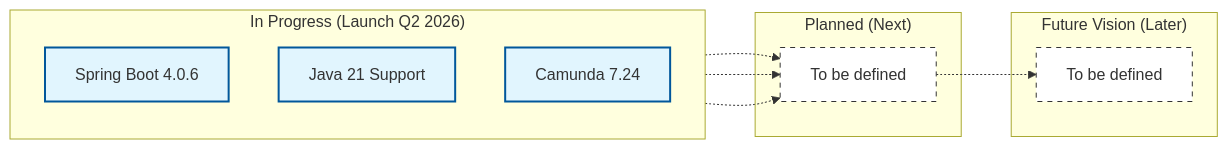
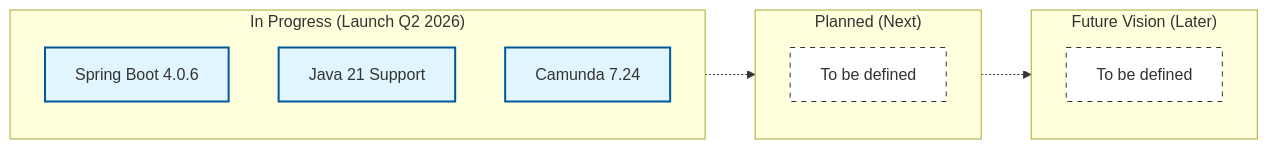
One commit to wkspower/wks-platform changed the diagram in apps/react/docs/docs/roadmap.md. Above: the diagram before and after it, drawn with Mermaid. The commit also changed 1 other file, not shown here.

Commit message:
docs(portal): add platform roadmap to documentation
Introduces a new Roadmap section using Mermaid flowcharts to visualize our Q2 2026 deliverables (Spring Boot 4, Java 21, Camunda 7.24) and lays the foundation for future planning phases.

````diff
--- a/apps/react/docs/docs/roadmap.md
+++ b/apps/react/docs/docs/roadmap.md
@@ -11,32 +11,30 @@
 ```mermaid
-graph LR
+flowchart LR
     %% Stage 1: In Progress
-    subgraph "In Progress (Launch Q2 2026)"
+    subgraph G1 ["In Progress (Launch Q2 2026)"]
         direction TB
         A[Spring Boot 4.0.6]
         B[Java 21 Support]
         C[Camunda 7.24]
     end
 
     %% Stage 2: Planned
-    subgraph "Planned (Next)"
+    subgraph G2 ["Planned (Next)"]
         TBD1[To be defined]
     end
 
     %% Stage 3: Future Vision
-    subgraph "Future Vision (Later)"
+    subgraph G3 ["Future Vision (Later)"]
         TBD2[To be defined]
     end
 
-    %% Logical Flow connecting groups
-    A -.-> TBD1
-    B -.-> TBD1
-    C -.-> TBD1
-    TBD1 -.-> TBD2
+    %% Logical Flow connecting subgraphs directly
+    G1 -.-> G2
+    G2 -.-> G3
 
     %% Styling
     classDef inprogress fill:#e1f5fe,stroke:#01579b,stroke-width:2px;
     classDef planned fill:#fff,stroke:#333,stroke-width:1px,stroke-dasharray: 5 5;
     class A,B,C inprogress;
     class TBD1,TBD2 planned;
 ```
````
